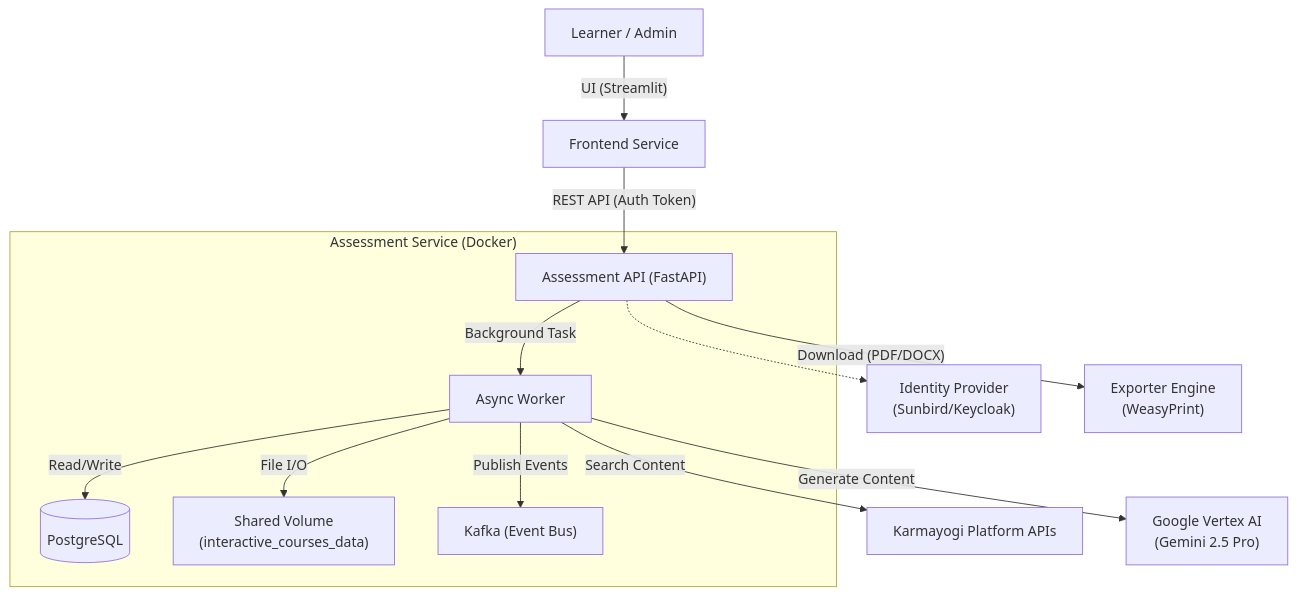
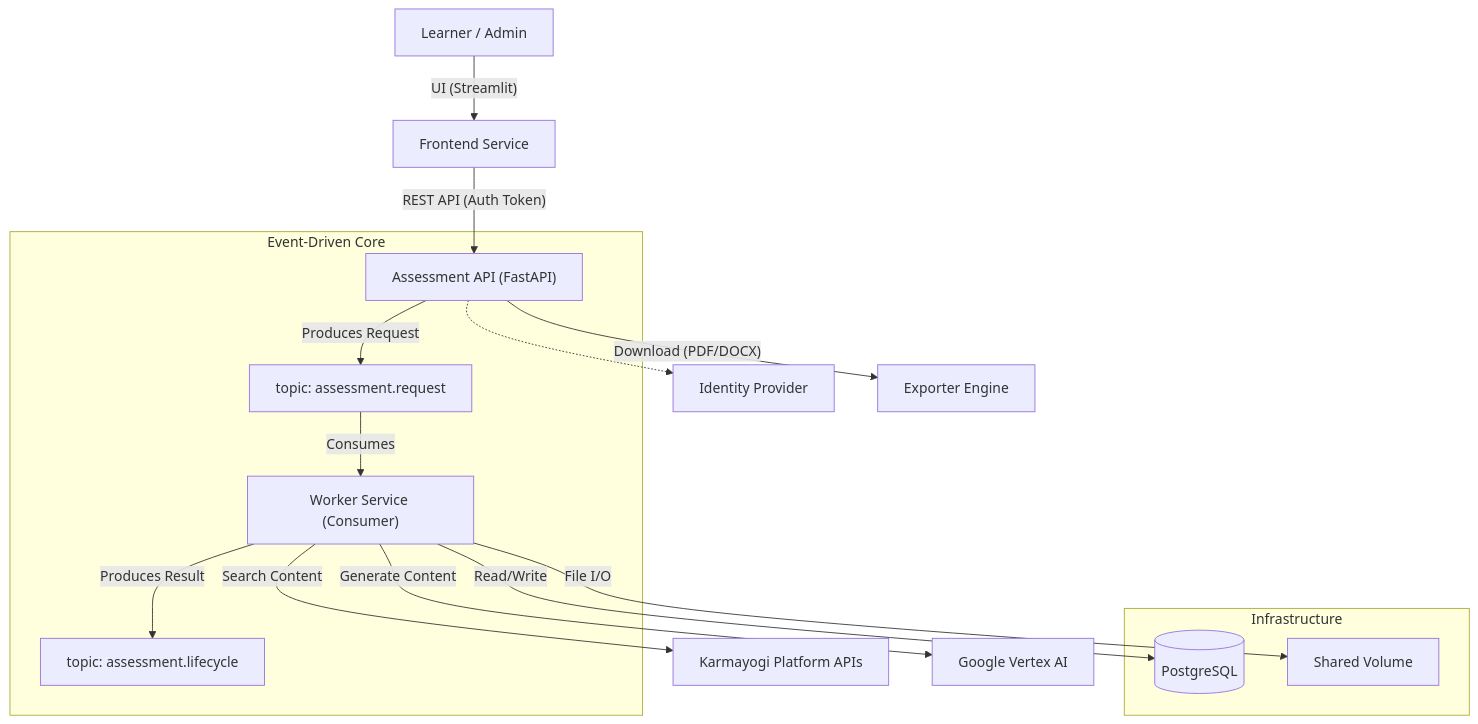
One commit to KB-iGOT/ai-assessment-service changed the first of 3 diagrams in architecture.md. Above: the diagram before and after it, drawn with Mermaid. The commit also changed other lines of this file and 10 other files, not shown here.

Commit message:
fix: V2 Assessment Generator Kafka integration, payload structure, and docs

````diff
--- a/architecture.md
+++ b/architecture.md
@@ -9,19 +9,23 @@
 ```mermaid
 graph TD
     User["Learner / Admin"] -- "UI (Streamlit)" --> UI["Frontend Service"]
     UI -- "REST API (Auth Token)" --> API["Assessment API (FastAPI)"]
     
-    subgraph "Assessment Service (Docker)"
-        API -- "Background Task" --> Worker["Async Worker"]
-        Worker -- "Read/Write" --> DB[("PostgreSQL")]
-        Worker -- "File I/O" --> FS["Shared Volume\n(interactive_courses_data)"]
-        Worker -- "Publish Events" --> Kafka["Kafka (Event Bus)"]
+    subgraph "Event-Driven Core"
+        API -- "Produces Request" --> KafkaInput["topic: assessment.request"]
+        KafkaInput -- "Consumes" --> Worker["Worker Service (Consumer)"]
+        Worker -- "Produces Result" --> KafkaOutput["topic: assessment.lifecycle"]
     end
     
-    API -.-> IdP["Identity Provider\n(Sunbird/Keycloak)"]
+    subgraph "Infrastructure"
+        Worker -- "Read/Write" --> DB[("PostgreSQL")]
+        Worker -- "File I/O" --> FS["Shared Volume"]
+    end
+    
+    API -.-> IdP["Identity Provider"]
     
     Worker -- "Search Content" --> KB["Karmayogi Platform APIs"]
-    Worker -- "Generate Content" --> Gemini["Google Vertex AI\n(Gemini 2.5 Pro)"]
+    Worker -- "Generate Content" --> Gemini["Google Vertex AI"]
     
-    API -- "Download (PDF/DOCX)" --> Exporter["Exporter Engine\n(WeasyPrint)"]
+    API -- "Download (PDF/DOCX)" --> Exporter["Exporter Engine"]
 ```
````
